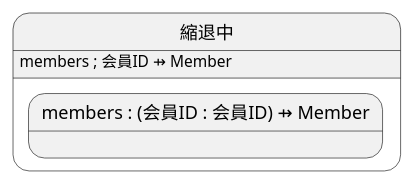
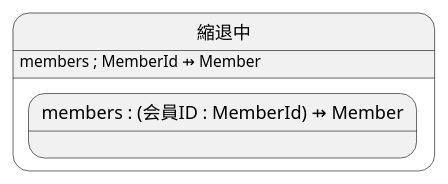
Before and after one commit to Kuniwak/puml-parallel: the second of 2 diagrams in docs/PROMOTION.md, drawn with PlantUML. The commit also changed other lines of this file and 6 other files, not shown here.

````diff
--- a/docs/PROMOTION.md
+++ b/docs/PROMOTION.md
@@ -161,7 +161,7 @@
 ```plantuml
 state "縮退中" as degraded {
-  degraded : members ; 会員ID ⇸ Member
+  degraded : members ; MemberId ⇸ Member
 
-  state "members : (会員ID : 会員ID) ⇸ Member" as degradedMembers <<promote>>
+  state "members : (会員ID : MemberId) ⇸ Member" as degradedMembers <<promote>>
 }
 ```
````
